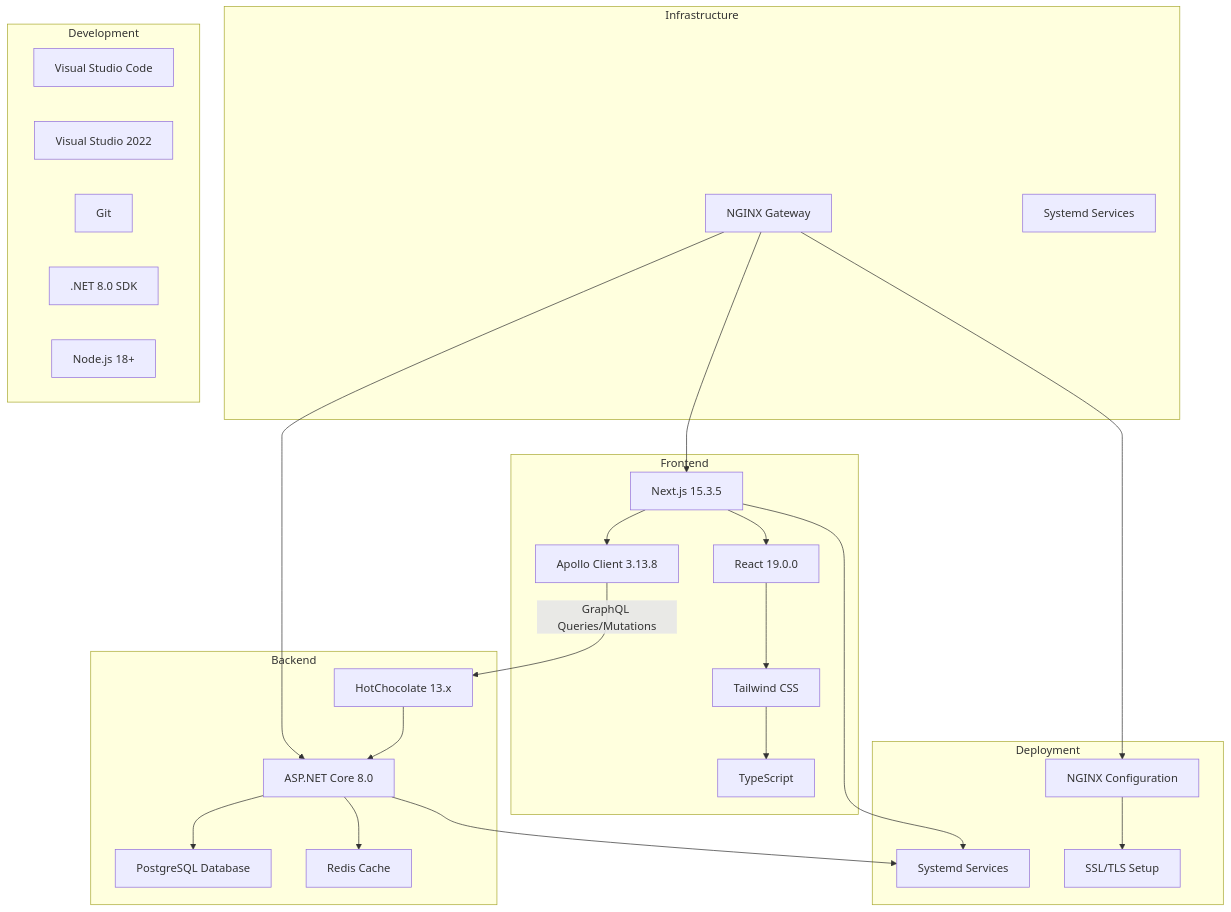
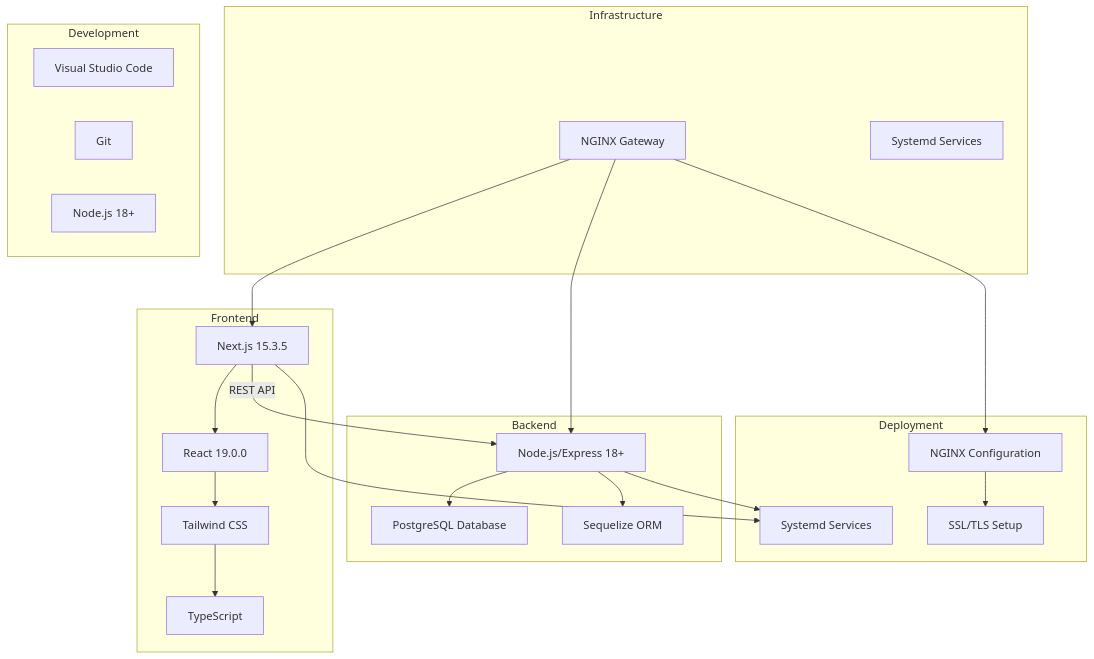
The diagram in docs/TECH_STACK.md (ErikVeland/GlassCodeAcademy), drawn with Mermaid before and after one commit. The commit also changed other lines of this file and 279 other files, not shown here.

First line of the commit message:
MILESTONE: Migrated from .Net to Node.js backend

````diff
--- a/docs/TECH_STACK.md
+++ b/docs/TECH_STACK.md
@@ -9,47 +9,42 @@
 ```mermaid
 graph TB
     subgraph Frontend
         A[Next.js 15.3.5] --> B[React 19.0.0]
         B --> C[Tailwind CSS]
         C --> D[TypeScript]
-        A --> E[Apollo Client 3.13.8]
     end
 
     subgraph Backend
-        F[ASP.NET Core 8.0]
-        G[HotChocolate 13.x]
-        H[PostgreSQL Database]
-        I[Redis Cache]
+        E[Node.js/Express 18+]
+        F[PostgreSQL Database]
+        G[Sequelize ORM]
     end
 
     subgraph Infrastructure
-        J[NGINX Gateway]
-        K[Systemd Services]
+        H[NGINX Gateway]
+        I[Systemd Services]
     end
 
-    E -- GraphQL Queries/Mutations --> G
-    G --> F
-    F --> H
-    F --> I
-    J --> A
-    J --> F
+    A -- REST API --> E
+    E --> F
+    E --> G
+    H --> A
+    H --> E
 
     subgraph Development
-        L[Visual Studio Code]
-        M[Visual Studio 2022]
-        N[Git]
-        O[.NET 8.0 SDK]
-        P[Node.js 18+]
+        J[Visual Studio Code]
+        K[Git]
+        L[Node.js 18+]
     end
 
     subgraph Deployment
-        Q[Systemd Services]
-        R[NGINX Configuration]
-        S[SSL/TLS Setup]
+        M[Systemd Services]
+        N[NGINX Configuration]
+        O[SSL/TLS Setup]
     end
 
-    A --> Q
-    F --> Q
-    J --> R
-    R --> S
+    A --> M
+    E --> M
+    H --> N
+    N --> O
 ```
````
